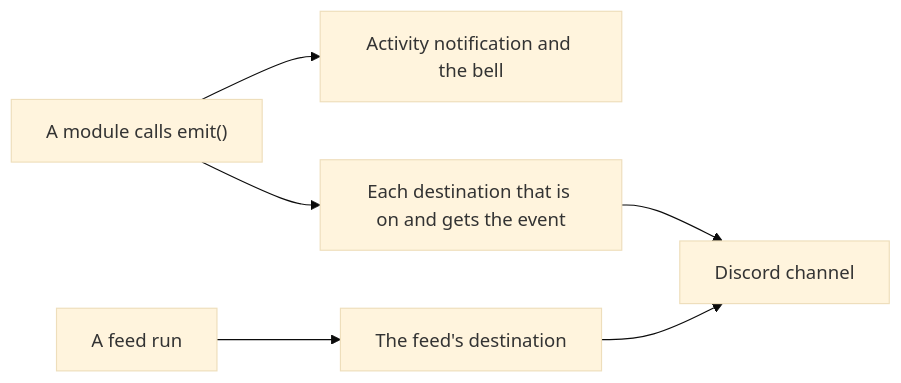
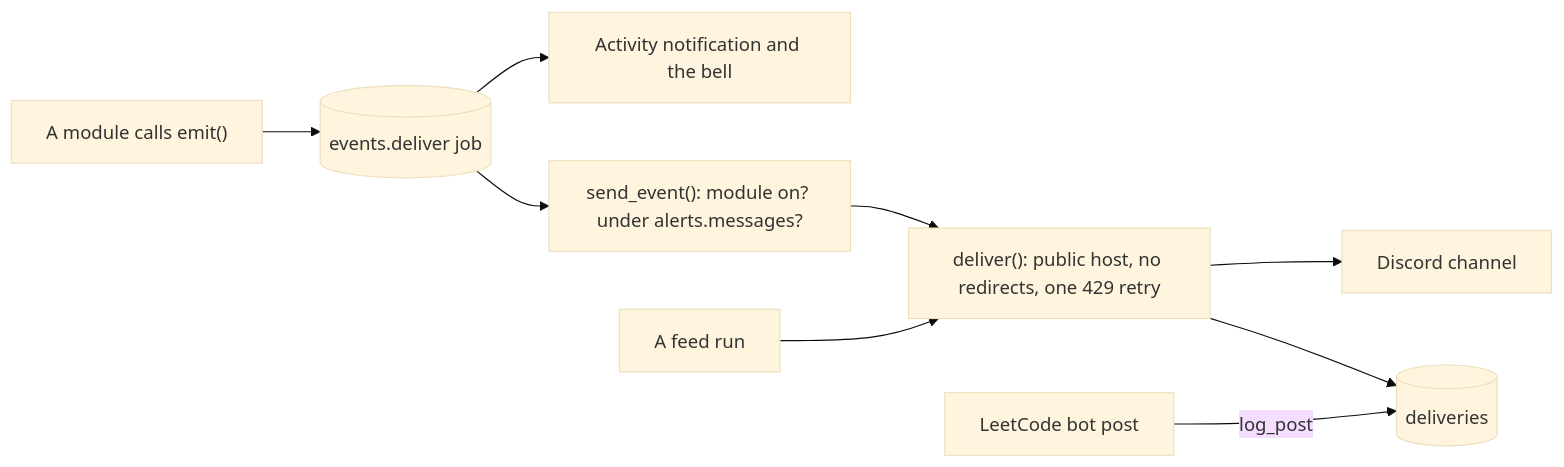
Before and after one commit to asusoda/platform: the diagram in docs/webhooks.md, drawn with Mermaid (base theme). The commit also changed other lines of this file and 44 other files, not shown here.

First line of the commit message:
Send every alert message through one logged send path (#595)

````diff
--- a/docs/webhooks.md
+++ b/docs/webhooks.md
@@ -7,6 +9,10 @@
 ```mermaid
 flowchart LR
-  module["A module calls emit()"] --> saved["Activity notification and the bell"]
-  module --> routes["Each destination that is on and gets the event"] --> discord["Discord channel"]
-  feed["A feed run"] --> dest["The feed's destination"] --> discord
+  module["A module calls emit()"] --> job[("events.deliver job")]
+  job --> saved["Activity notification and the bell"]
+  job --> send["send_event(): module on? under alerts.messages?"] --> deliver
+  feed["A feed run"] --> deliver["deliver(): public host, no redirects, one 429 retry"]
+  deliver --> discord["Discord channel"]
+  deliver --> log[("deliveries")]
+  leetcode["LeetCode bot post"] -->|log_post| log
 ```
````
